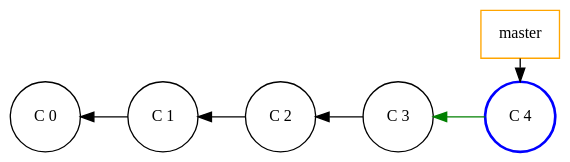
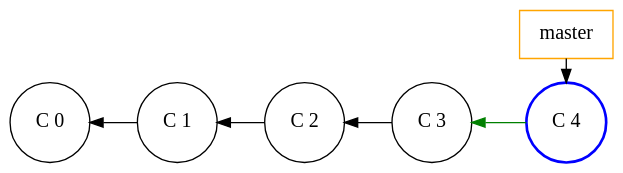
One commit to Gepardec/git-training changed the diagram in slides/intro/src/docs/asciidoc/graphviz/git-fast-fwd-2.dot. Above: the diagram before and after it, drawn with Graphviz. The commit also changed 15 other files, not shown here.

Commit message:
- Modified README.adoc to explain how to install graphviz - Modified graphs of theoretical part - Finished theoretical part

```diff
--- a/slides/intro/src/docs/asciidoc/graphviz/git-fast-fwd-2.dot
+++ b/slides/intro/src/docs/asciidoc/graphviz/git-fast-fwd-2.dot
@@ -1,30 +1,29 @@
 digraph git_merge_fast_fwd {
     splines=line
     rankdir=LR
     bgcolor=transparent
 
-    node[width=0.3, shape=rect,fontsize=12.0, style="", color=orange]
+    node[width=0.3, shape=rect,fontsize=15.0, style="", color=orange]
     edge[dir=back, style=""]
     master [label="master"]
 
-    node[shape=circle,fontsize=12.0, style="", color=""]
+    node[shape=circle,fontsize=15.0, style="", color=""]
     edge[dir=back, style=""]
 
     c_0 [label="C 0", group=master]
     c_1 [label="C 1", group=master]
     c_2 [label="C 2", group=master]
     c_3 [label="C 3", group=master]
 
     /* Marked nodes */
     node[shape=circle, color=blue, style=bold]
     c_4 [label="C 4", group=master]
 
     edge[style=""]
-    c_0 -> c_1 -> c_2
-    c_2 -> c_3
+    c_0 -> c_1 -> c_2 -> c_3
     master -> c_4 [dir=""]
     edge[color=green]
     c_3 -> c_4
 
     {rank=same; c_4 master}
 }
```
